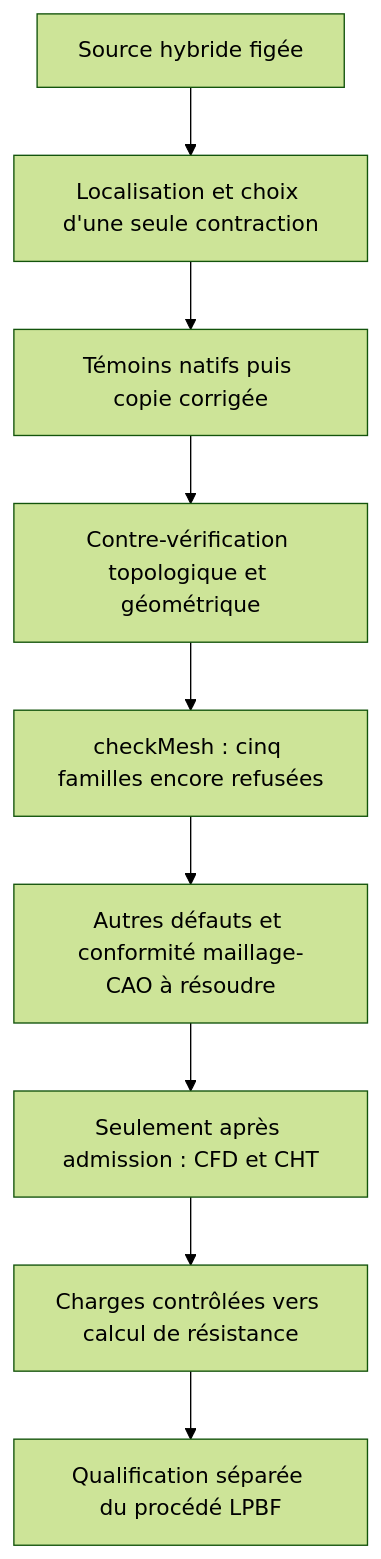
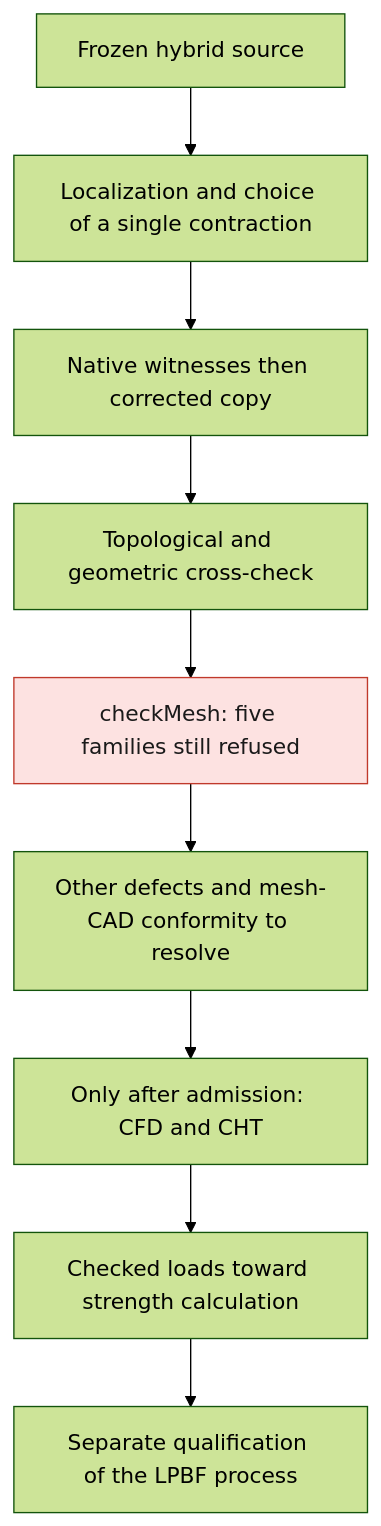
The diagram in docs/reports/M64_SHORT_EDGE_CORRECTION_20260909.md (cluster2600/porscheparts), drawn with Mermaid (forest theme) before and after one commit. The commit also changed other lines of this file and 228 other files, not shown here.

````diff
--- a/docs/reports/M64_SHORT_EDGE_CORRECTION_20260909.md
+++ b/docs/reports/M64_SHORT_EDGE_CORRECTION_20260909.md
@@ -128,11 +127,13 @@
 ```mermaid
 flowchart TD
-    A["Source hybride figée"] --> B["Localisation et choix d'une seule contraction"]
-    B --> C["Témoins natifs puis copie corrigée"]
-    C --> D["Contre-vérification topologique et géométrique"]
-    D --> E["checkMesh : cinq familles encore refusées"]
-    E --> F["Autres défauts et conformité maillage-CAO à résoudre"]
-    F --> G["Seulement après admission : CFD et CHT"]
-    G --> H["Charges contrôlées vers calcul de résistance"]
-    H --> I["Qualification séparée du procédé LPBF"]
+    A["Frozen hybrid source"] --> B["Localization and choice of a single contraction"]
+    B --> C["Native witnesses then corrected copy"]
+    C --> D["Topological and geometric cross-check"]
+    D --> E["checkMesh: five families still refused"]
+    E --> F["Other defects and mesh-CAD conformity to resolve"]
+    F --> G["Only after admission: CFD and CHT"]
+    G --> H["Checked loads toward strength calculation"]
+    H --> I["Separate qualification of the LPBF process"]
+    classDef stop fill:#fde2e1,stroke:#c0392b,color:#1a1a1a;
+    class E stop;
 ```
````
